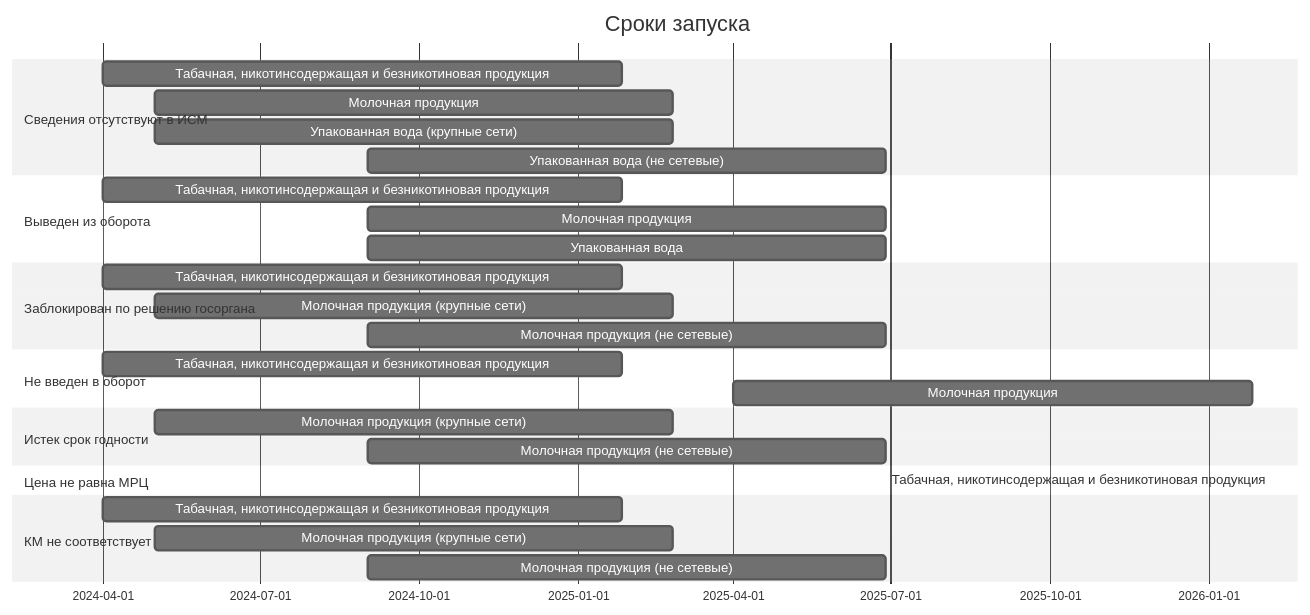
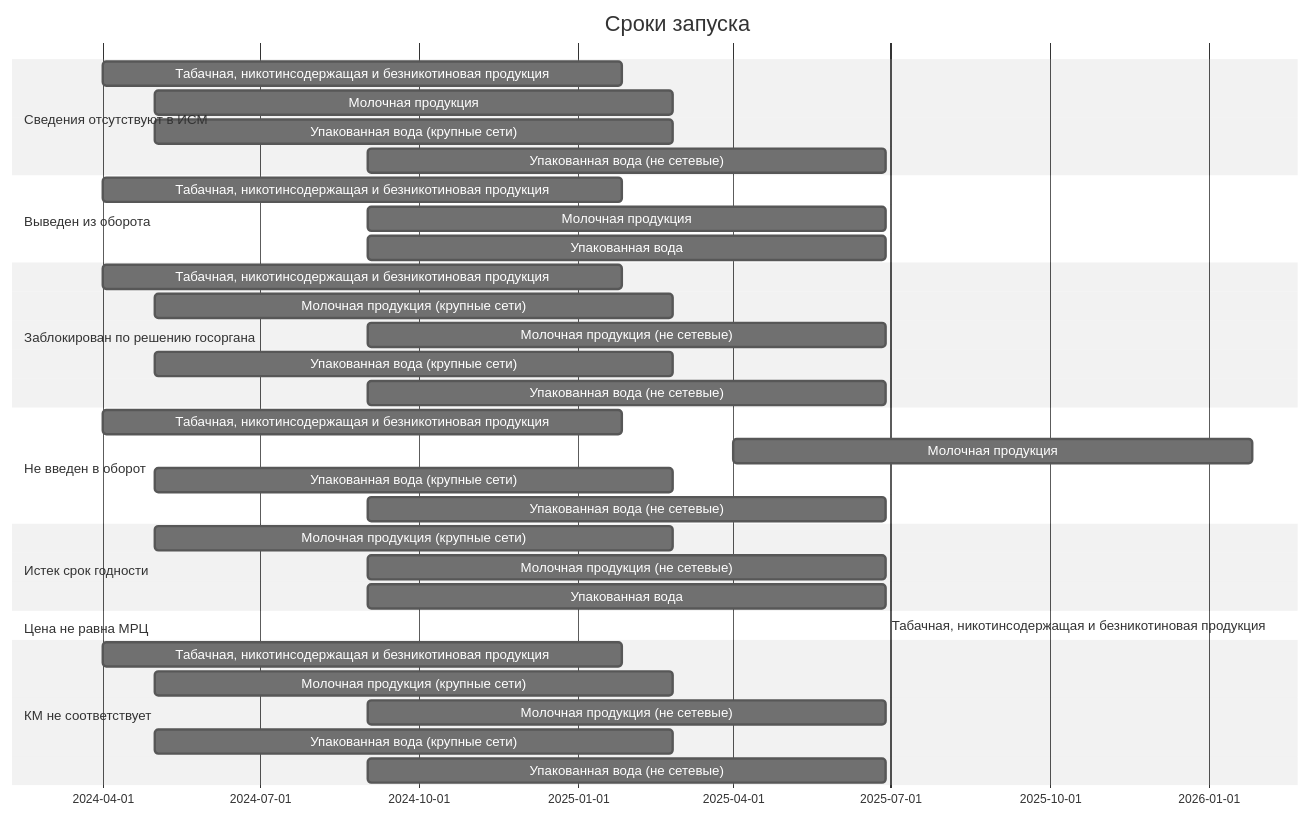
The diagram in imark/ppr1944.md (itidasoft/wiki), drawn with Mermaid (neutral theme) before and after one commit. The commit also changed other lines of this file, not shown here.

Commit message:
docs: update imark/ppr1944

````diff
--- a/imark/ppr1944.md
+++ b/imark/ppr1944.md
@@ -195,37 +195,44 @@
 ```mermaid
 gantt
 	title Сроки запуска
   dateFormat DD-MM-YYYY
   section Сведения отсутствуют в ИСМ
   	Табачная, никотинсодержащая и безникотиновая продукция          :a1, 01-04-2024, 300d
     Молочная продукция    :a2, 01-05-2024, 300d
     Упакованная вода (крупные сети)   :a3, 01-05-2024, 300d
     Упакованная вода (не сетевые)   :a4, 01-09-2024, 300d
     
   section Выведен из оборота
   	Табачная, никотинсодержащая и безникотиновая продукция          :a1, 01-04-2024, 300d
     Молочная продукция    :a2, 01-09-2024, 300d
     Упакованная вода   :a3, 01-09-2024, 300d
     
   section Заблокирован по решению госоргана
   	Табачная, никотинсодержащая и безникотиновая продукция          :a1, 01-04-2024, 300d
     Молочная продукция (крупные сети)    :a2, 01-05-2024, 300d
     Молочная продукция (не сетевые)    :a3, 01-09-2024, 300d
+    Упакованная вода (крупные сети)   :a4, 01-05-2024, 300d
+    Упакованная вода (не сетевые)   :a5, 01-09-2024, 300d
     
   section Не введен в оборот
   	Табачная, никотинсодержащая и безникотиновая продукция          :a1, 01-04-2024, 300d
     Молочная продукция    :a2, 01-04-2025, 300d
+    Упакованная вода (крупные сети)   :a3, 01-05-2024, 300d
+    Упакованная вода (не сетевые)   :a4, 01-09-2024, 300d
     
   section Истек срок годности
-  	Молочная продукция (крупные сети)    :a2, 01-05-2024, 300d
-    Молочная продукция (не сетевые)    :a3, 01-09-2024, 300d
+  	Молочная продукция (крупные сети)    :a1, 01-05-2024, 300d
+    Молочная продукция (не сетевые)    :a2, 01-09-2024, 300d
+    Упакованная вода   :a3, 01-09-2024, 300d
     
   section Цена не равна МРЦ
   	Табачная, никотинсодержащая и безникотиновая продукция          :a1
     
   section КМ не соответствует
   	Табачная, никотинсодержащая и безникотиновая продукция          :a1, 01-04-2024, 300d
     Молочная продукция (крупные сети)    :a2, 01-05-2024, 300d
     Молочная продукция (не сетевые)    :a3, 01-09-2024, 300d
+    Упакованная вода (крупные сети)   :a4, 01-05-2024, 300d
+    Упакованная вода (не сетевые)   :a5, 01-09-2024, 300d
     
 ```
````
